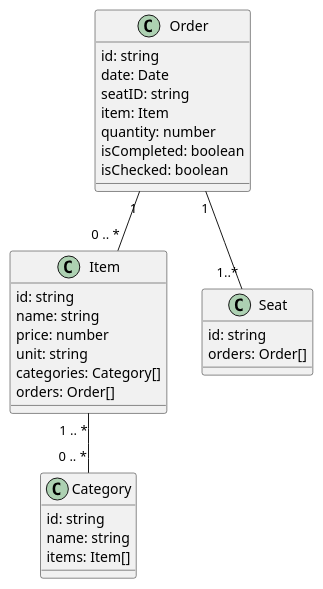
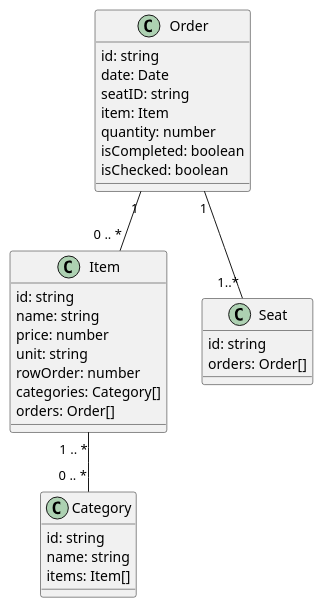
Before and after one commit to wazatoki/Mimosa: the diagram in documents/plantuml/class/frontend/order-list.pu, drawn with PlantUML. The commit also changed 14 other files, not shown here.

```diff
--- a/documents/plantuml/class/frontend/order-list.pu
+++ b/documents/plantuml/class/frontend/order-list.pu
@@ -1,38 +1,39 @@
 @startuml order list
 
 class Order {
     id: string
     date: Date
     seatID: string
     item: Item
     quantity: number
     isCompleted: boolean
     isChecked: boolean
 }
 
 class Item {
     id: string
     name: string
     price: number
     unit: string
+    rowOrder: number
     categories: Category[]
     orders: Order[]
 }
 
 class Category {
     id: string
     name: string
     items: Item[]
 }
 
 class Seat {
     id: string
     orders: Order[]
 }
 
 Order "1" -- "0 .. *" Item
 Order "1" -- "1..*" Seat
 Item "1 .. *" -- "0 .. *" Category
 
 
 @enduml
```
